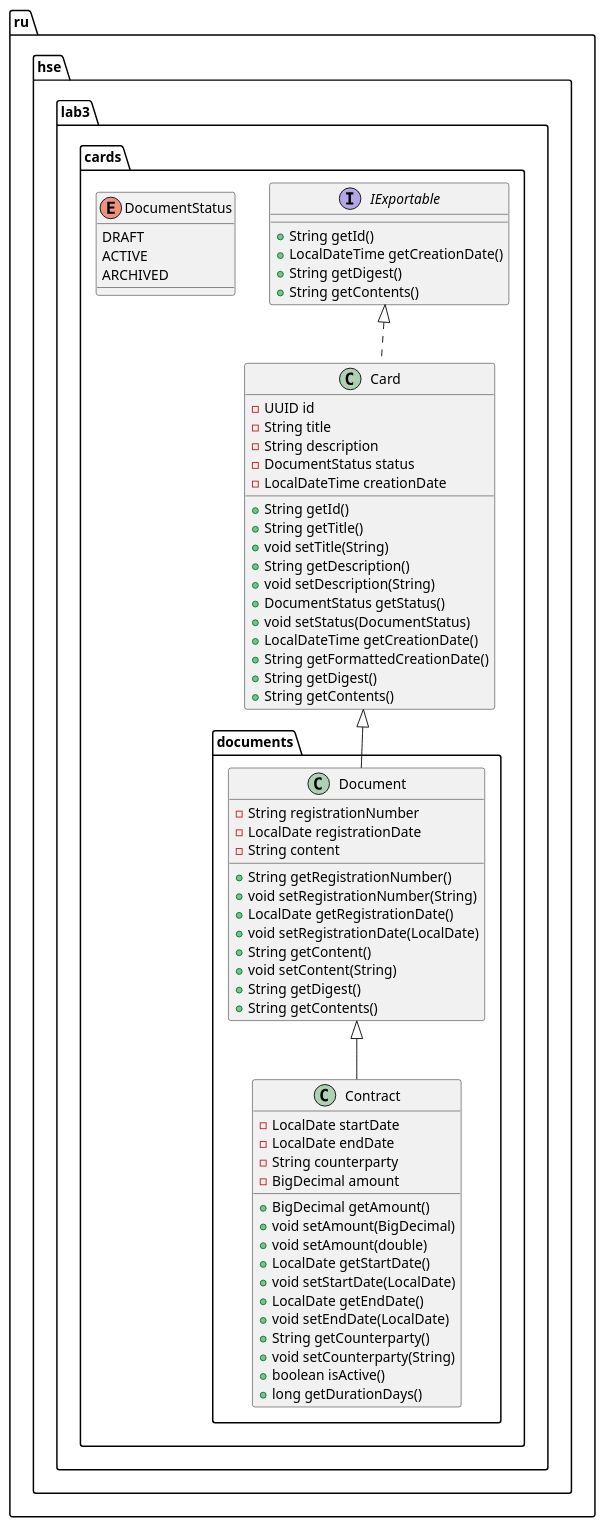
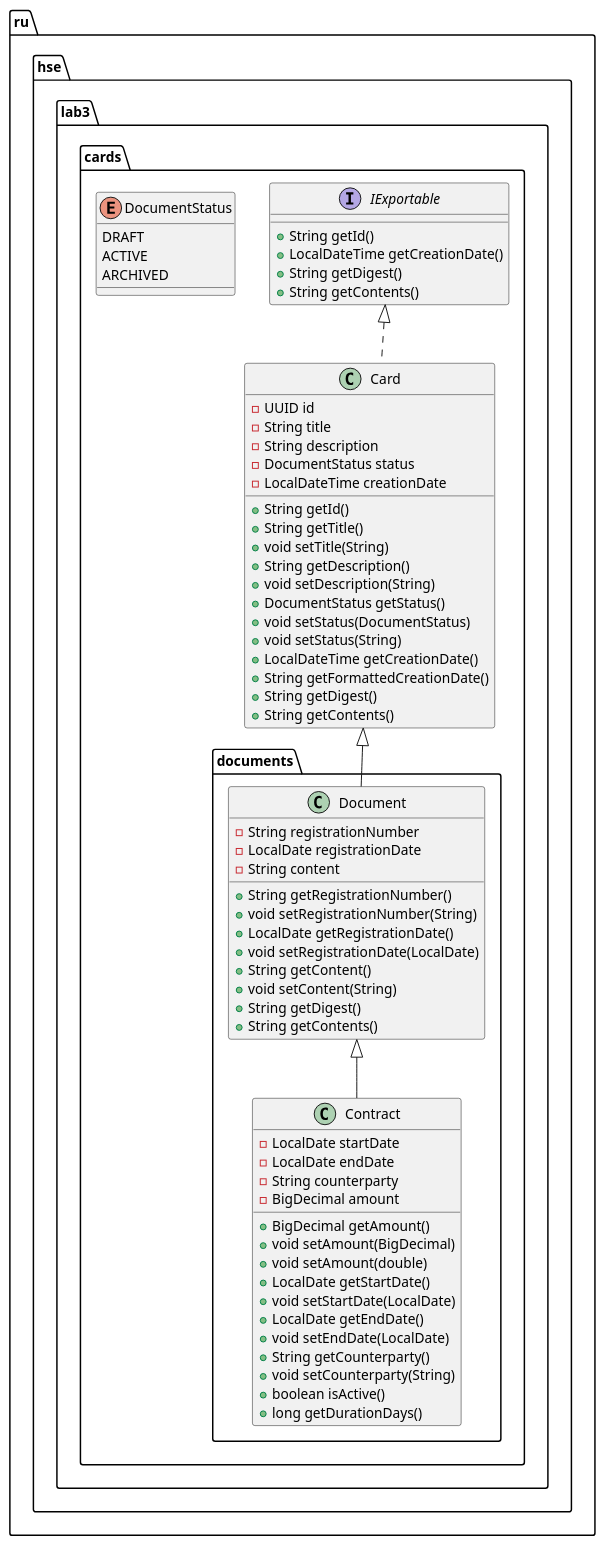
The fourth of 4 diagrams in README.md (mrandrewer/hse-java-lab3), drawn with PlantUML before and after one commit.

Commit message:
Add setStatus overload to UML

````diff
--- a/README.md
+++ b/README.md
@@ -81,76 +81,77 @@
 ```plantuml
 @startuml
 package "ru.hse.lab3.cards" {
     interface IExportable {
         + String getId()
         + LocalDateTime getCreationDate()
         + String getDigest()
         + String getContents()
     }
 
     enum DocumentStatus {
         DRAFT
         ACTIVE
         ARCHIVED
     }
 
     class Card {
         - UUID id
         - String title
         - String description
         - DocumentStatus status
         - LocalDateTime creationDate
         + String getId()
         + String getTitle()
         + void setTitle(String)
         + String getDescription()
         + void setDescription(String)
         + DocumentStatus getStatus()
         + void setStatus(DocumentStatus)
+        + void setStatus(String)
         + LocalDateTime getCreationDate()
         + String getFormattedCreationDate()
         + String getDigest()
         + String getContents()
     }
 
     IExportable <|.. Card
 }
 
 package "ru.hse.lab3.cards.documents" {
     class Document {
         - String registrationNumber
         - LocalDate registrationDate
         - String content
         + String getRegistrationNumber()
         + void setRegistrationNumber(String)
         + LocalDate getRegistrationDate()
         + void setRegistrationDate(LocalDate)
         + String getContent()
         + void setContent(String)
         + String getDigest()
         + String getContents()
     }
 
     class Contract {
         - LocalDate startDate
         - LocalDate endDate
         - String counterparty
         - BigDecimal amount
         + BigDecimal getAmount()
         + void setAmount(BigDecimal)
         + void setAmount(double)
         + LocalDate getStartDate()
         + void setStartDate(LocalDate)
         + LocalDate getEndDate()
         + void setEndDate(LocalDate)
         + String getCounterparty()
         + void setCounterparty(String)
         + boolean isActive()
         + long getDurationDays()
     }
 
     Card <|-- Document
     Document <|-- Contract
 }
 @enduml
 ```
````
